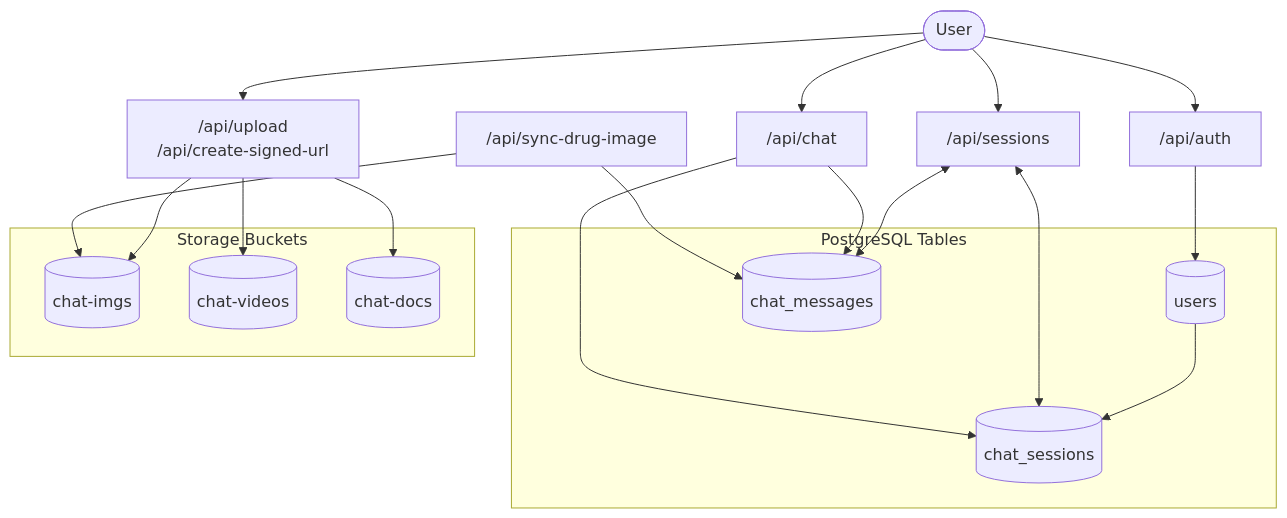
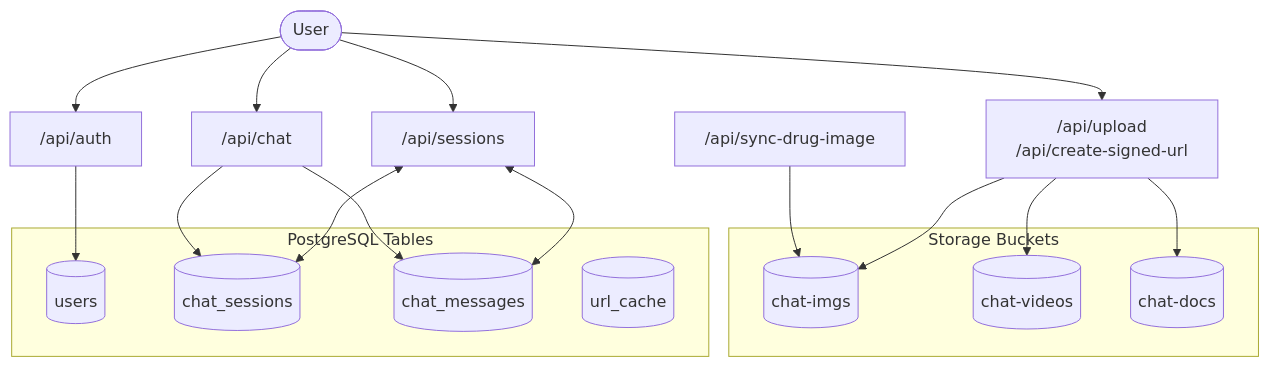
One commit to jpjp92/chat-agent changed the fifth of 5 diagrams in docs/guide/REF_Architecture.md. Above: the diagram before and after it, drawn with Mermaid. The commit also changed other lines of this file and 5 other files, not shown here.

First line of the commit message:
docs: URL/이미지/영상 모델 정책·url_cache 문서화 + DEV_260626

````diff
--- a/docs/guide/REF_Architecture.md
+++ b/docs/guide/REF_Architecture.md
@@ -123,27 +143,28 @@
 ```mermaid
 flowchart TB
     User([User])
     AuthAPI["/api/auth"]
     SessionsAPI["/api/sessions"]
     ChatAPI["/api/chat"]
     UploadAPI["/api/upload\n/api/create-signed-url"]
     SyncAPI["/api/sync-drug-image"]
 
     subgraph Tables ["PostgreSQL Tables"]
         Users[("users")]
         Sessions[("chat_sessions")]
         Messages[("chat_messages")]
+        URLCache[("url_cache")]
     end
 
     subgraph Storage ["Storage Buckets"]
         Imgs[("chat-imgs")]
         Videos[("chat-videos")]
         Docs[("chat-docs")]
     end
 
-    User --> AuthAPI --> Users --> Sessions
+    User --> AuthAPI --> Users
     User --> SessionsAPI <--> Sessions & Messages
     User --> UploadAPI --> Imgs & Videos & Docs
     User --> ChatAPI --> Messages & Sessions
-    SyncAPI --> Imgs & Messages
+    SyncAPI --> Imgs
 ```
````
